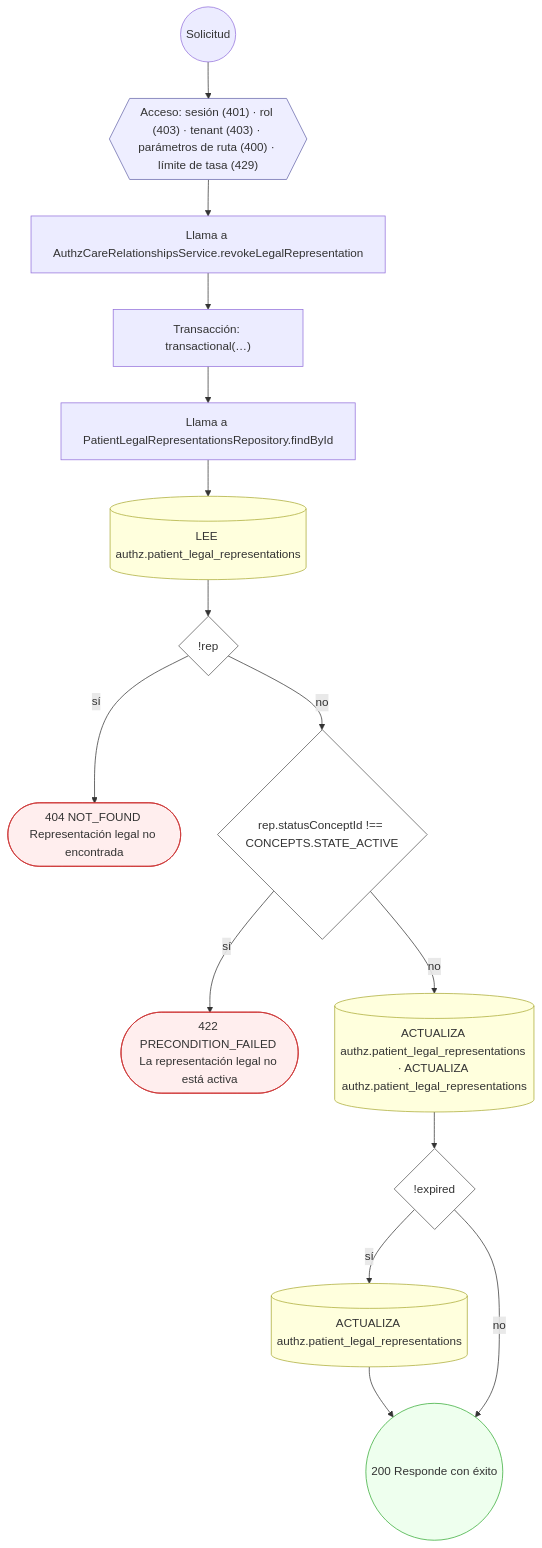
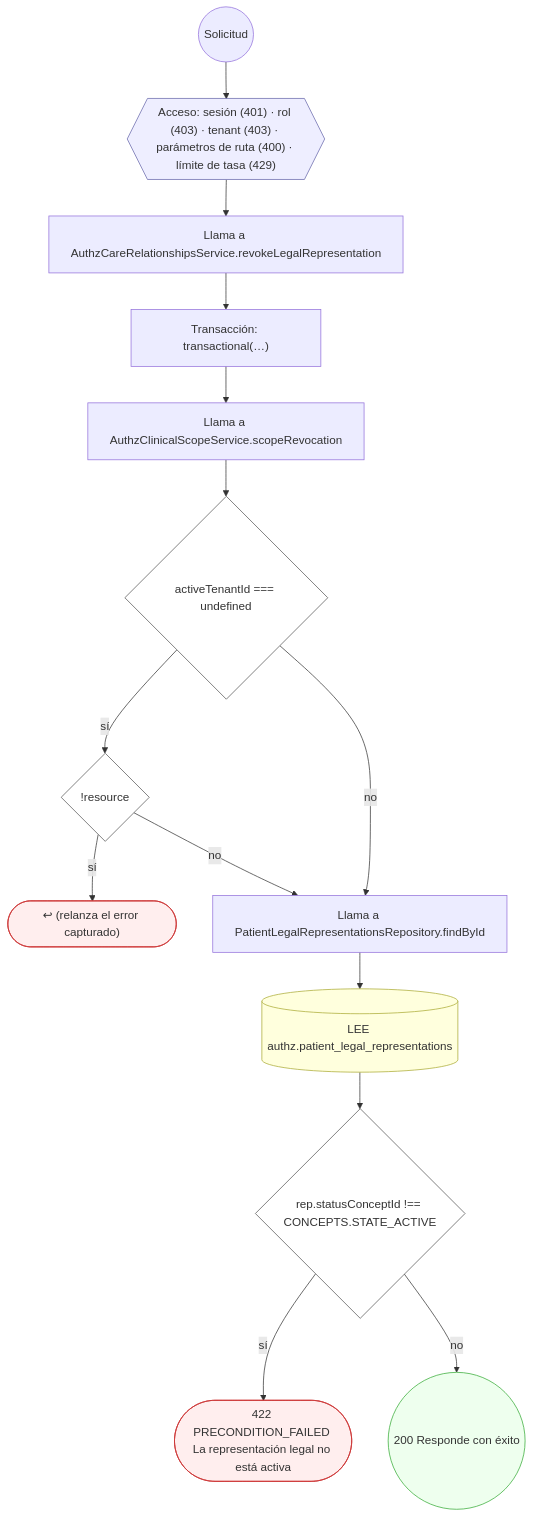
One commit to mdavila-2001/mantra-core-health-api changed diagram 12 of 30 in docs/inventario/flujos/authz.md. Above: the diagram before and after it, drawn with Mermaid. The commit also changed other lines of this file and 438 other files, not shown here.

````diff
--- a/docs/inventario/flujos/authz.md
+++ b/docs/inventario/flujos/authz.md
@@ -947,37 +1113,35 @@
 ```mermaid
 flowchart TD
   n1(("Solicitud")):::inicio
   n2{{"Acceso: sesión (401) · rol (403) · tenant (403) · parámetros de ruta (400) · límite de tasa (429)"}}:::acceso
   n1 --> n2
   n3["Llama a AuthzCareRelationshipsService.revokeLegalRepresentation"]:::llamada
   n2 --> n3
   n4["Transacción: transactional(…)"]:::transaccion
   n3 --> n4
-  n5["Llama a PatientLegalRepresentationsRepository.findById"]:::llamada
+  n5["Llama a AuthzClinicalScopeService.scopeRevocation"]:::llamada
   n4 --> n5
-  n6[("LEE authz.patient_legal_representations")]:::efecto
+  n6{"activeTenantId === undefined"}:::decision
   n5 --> n6
-  n7{"!rep"}:::decision
-  n6 --> n7
-  n8(["404 NOT_FOUND Representación legal no encontrada"]):::error
+  n7{"!resource"}:::decision
+  n6 -->|"sí"| n7
+  n8(["↩ (relanza el error capturado)"]):::error
   n7 -->|"sí"| n8
-  n9{"rep.statusConceptId !== CONCEPTS.STATE_ACTIVE"}:::decision
+  n9["Llama a PatientLegalRepresentationsRepository.findById"]:::llamada
   n7 -->|"no"| n9
-  n10(["422 PRECONDITION_FAILED La representación legal no está activa"]):::error
-  n9 -->|"sí"| n10
-  n11[("ACTUALIZA authz.patient_legal_representations · ACTUALIZA authz.patient_legal_representations")]:::efecto
-  n9 -->|"no"| n11
-  n12{"!expired"}:::decision
-  n11 --> n12
-  n13[("ACTUALIZA authz.patient_legal_representations")]:::efecto
-  n12 -->|"sí"| n13
-  n14(("200 Responde con éxito")):::ok
-  n13 --> n14
-  n12 -->|"no"| n14
+  n6 -->|"no"| n9
+  n10[("LEE authz.patient_legal_representations")]:::efecto
+  n9 --> n10
+  n11{"rep.statusConceptId !== CONCEPTS.STATE_ACTIVE"}:::decision
+  n10 --> n11
+  n12(["422 PRECONDITION_FAILED La representación legal no está activa"]):::error
+  n11 -->|"sí"| n12
+  n13(("200 Responde con éxito")):::ok
+  n11 -->|"no"| n13
   classDef acceso fill:#eef,stroke:#66a
   classDef error fill:#fee,stroke:#c33
   classDef ok fill:#efe,stroke:#3a3
   classDef efecto fill:#ffd,stroke:#aa3
   classDef decision fill:#fff,stroke:#555
   classDef corte fill:#eee,stroke:#999,stroke-dasharray: 4
 ```
````
